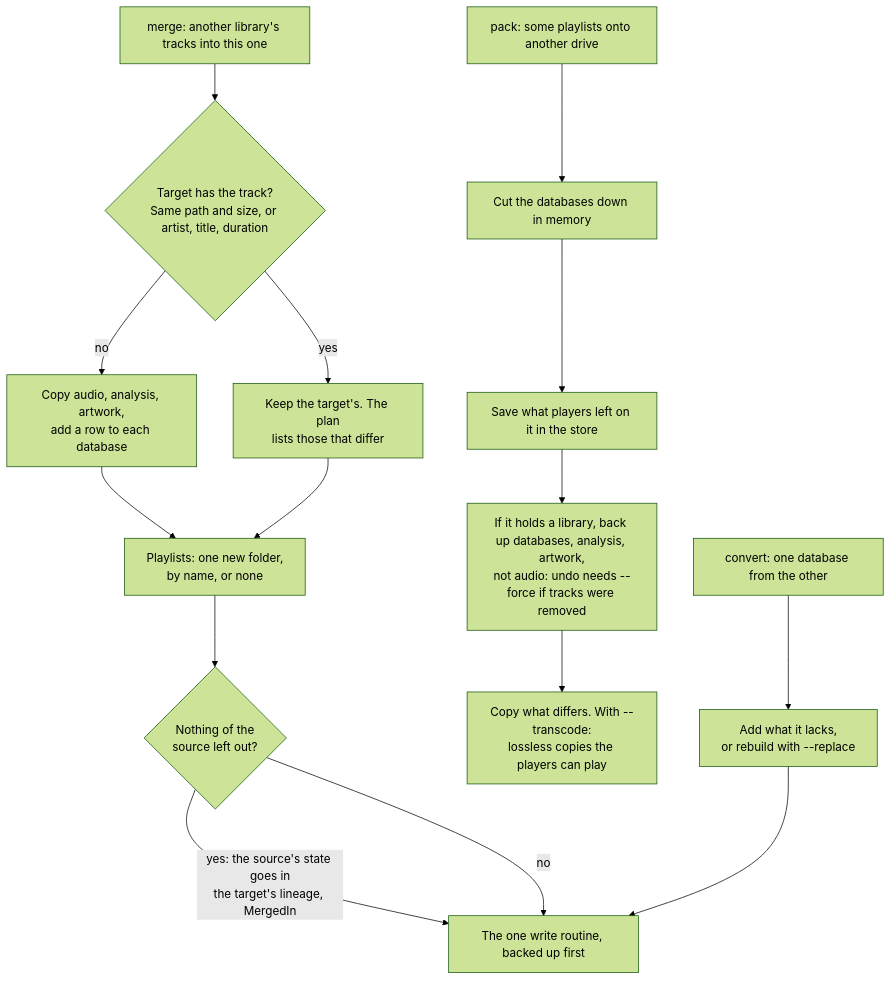
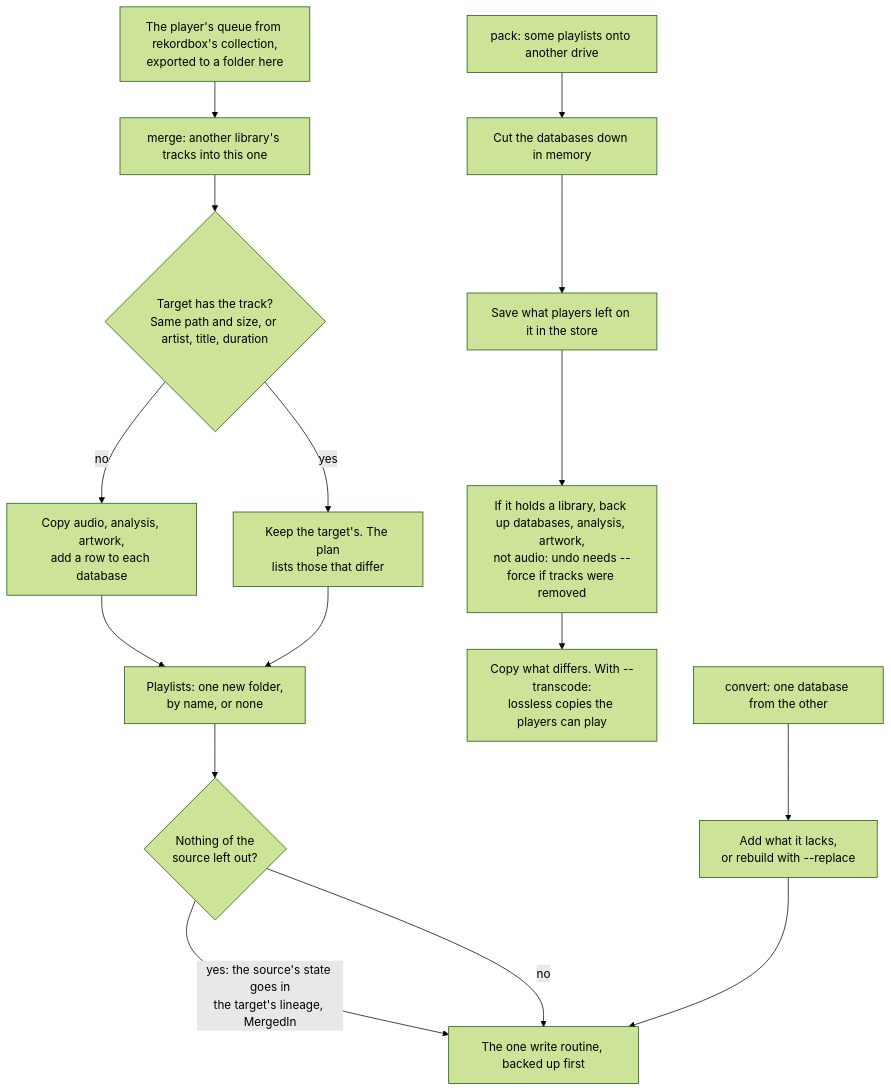
Diagram 19 of 19 in apps/locallibrary/docs/diagrams/changing-drives.md (cutenode/localnetwork), drawn with Mermaid (forest theme) before and after one commit. The commit also changed 2 other files, not shown here.

Commit message:
docs(locallibrary): draw adding the collection's queue to a drive

````diff
--- a/apps/locallibrary/docs/diagrams/changing-drives.md
+++ b/apps/locallibrary/docs/diagrams/changing-drives.md
@@ -411,17 +411,18 @@
 ```mermaid
 flowchart TD
+    queue["The player's queue from rekordbox's collection,<br/>exported to a folder here"] --> merge
     merge["merge: another library's tracks into this one"] --> present{"Target has the track?<br/>Same path and size, or artist, title, duration"}
     present -->|yes| keep["Keep the target's. The plan<br/>lists those that differ"]
     present -->|no| add["Copy audio, analysis, artwork,<br/>add a row to each database"]
     add --> playlists["Playlists: one new folder,<br/>by name, or none"]
     keep --> playlists
     playlists --> whole{"Nothing of the<br/>source left out?"}
     whole -->|"yes: the source's state goes in<br/>the target's lineage, MergedIn"| backup
     whole -->|no| backup
     pack["pack: some playlists onto another drive"] --> cut["Cut the databases down in memory"]
     cut --> saved["Save what players left on it in the store"]
     saved --> packed["If it holds a library, back up databases, analysis, artwork,<br/>not audio: undo needs --force if tracks were removed"]
     packed --> transcode["Copy what differs. With --transcode:<br/>lossless copies the players can play"]
     convert["convert: one database from the other"] --> rows["Add what it lacks,<br/>or rebuild with --replace"]
     rows --> backup["The one write routine, backed up first"]
 ```
````
